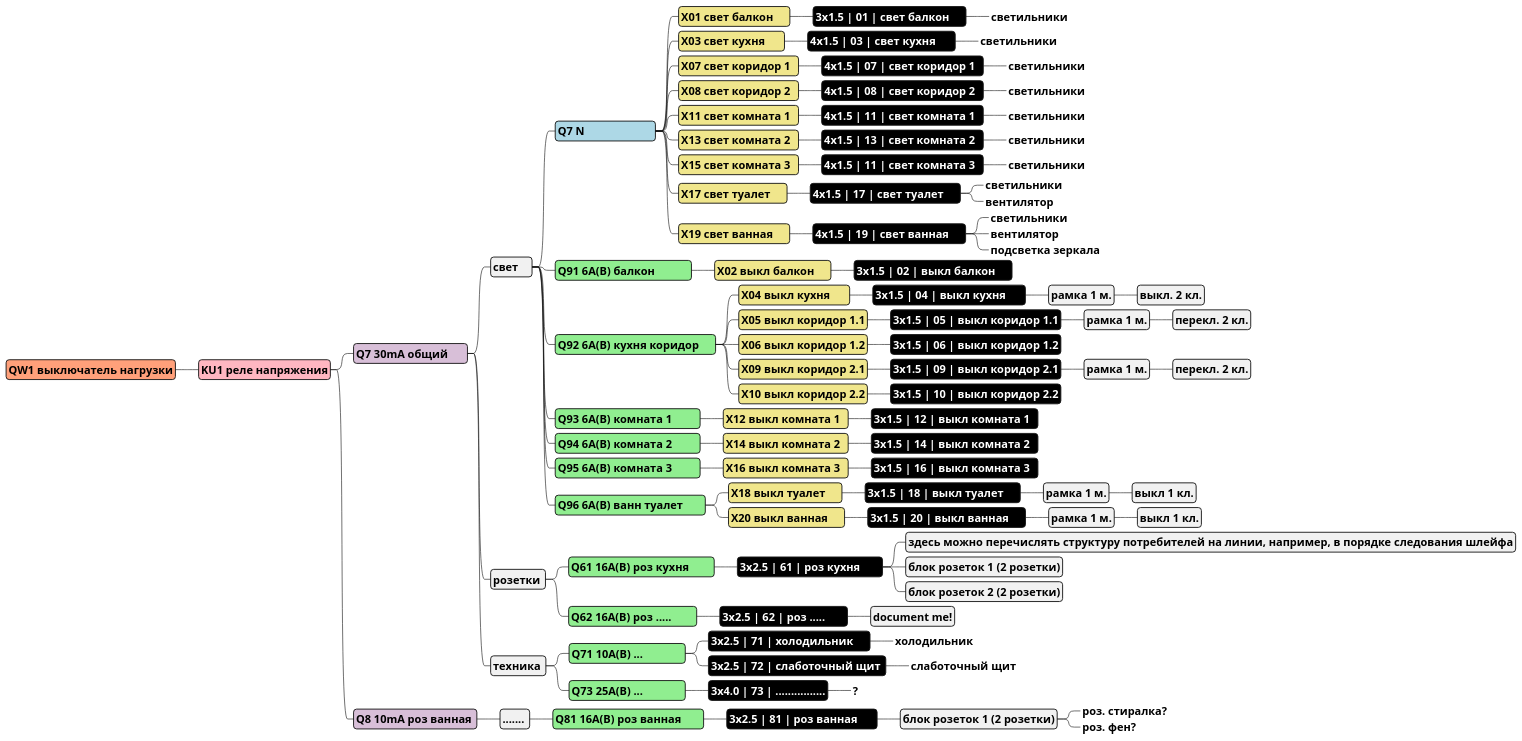
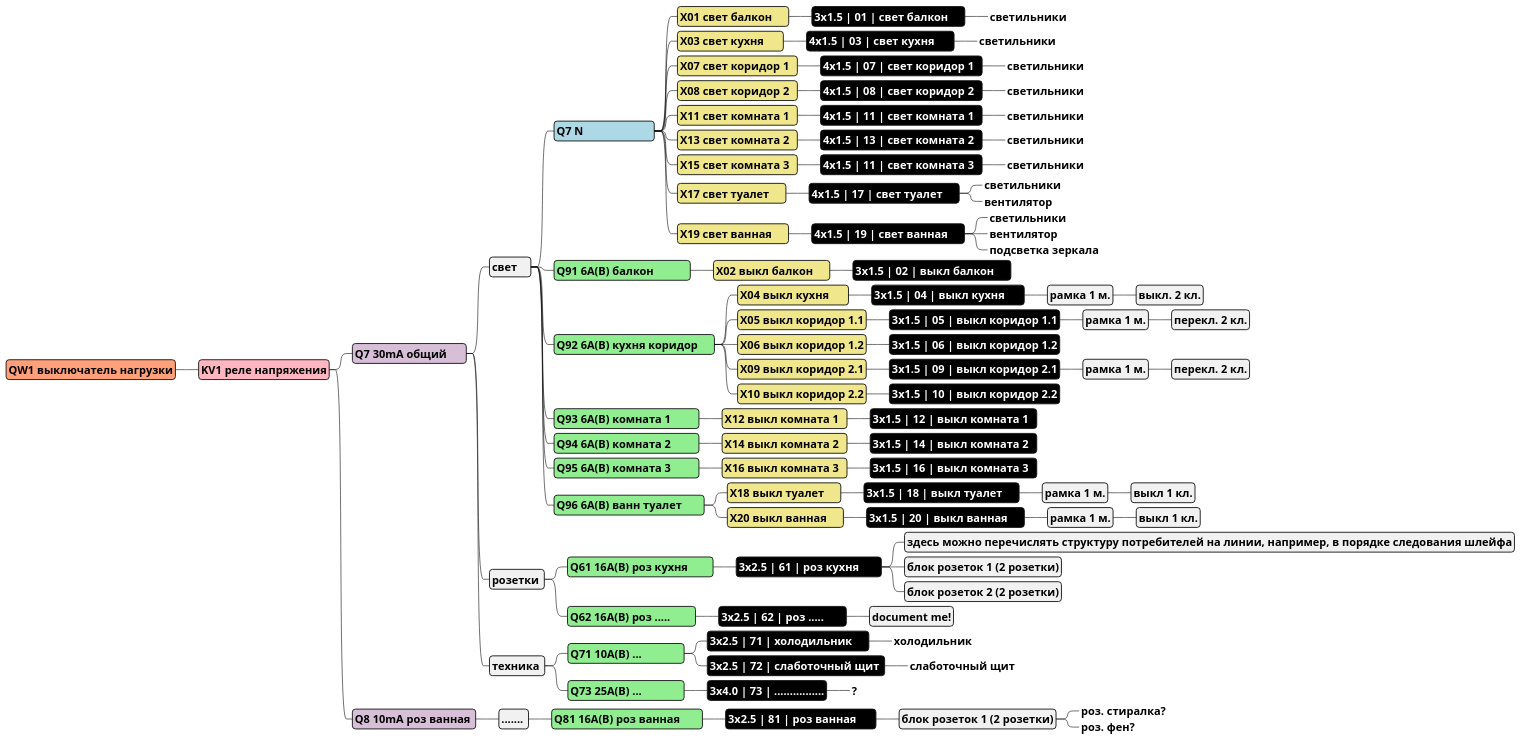
One commit to semicontinuity/reno changed the diagram in electricity/wiring.puml. Above: the diagram before and after it, drawn with PlantUML. The commit also changed 2 other files, not shown here.

```diff
--- a/electricity/wiring.puml
+++ b/electricity/wiring.puml
@@ -1,186 +1,186 @@
 @startmindmap
 
 <style>
 legend {
   BackgroundColor #FFEFE0
 }
 node {
   FontStyle Bold
   FontSize 18
   FontName "Jetbrains Mono"
   Padding 4
   Margin 4
   RoundCorner 10
 }
 
 'Neutral
 .N {
   BackgroundColor #lightblue
 }
 
 'Switch disconnector
 .SD {
   BackgroundColor #lightsalmon
 }
 'Voltage relay
 .VR {
   BackgroundColor #LightPink
 }
 'Installation contactors
 .IC {
   BackgroundColor #NavajoWhite
 }
 'Latching relays
 .LR {
   BackgroundColor #NavajoWhite
 }
 .RCCB {
   BackgroundColor #thistle
 }
 .CB {
   BackgroundColor lightgreen
 }
 'Terminal
 .T {
   BackgroundColor #lightyellow
 }
 'Terminal
 .T1 {
   BackgroundColor #khaki
 }
 .T_IN {
   BackgroundColor #Wheat
 }
 'Wall outlet block
 .W {
   BackgroundColor #gainsboro
 }
 'Wall outlet
 .W {
   BackgroundColor #white
 }
 'Light group
 .L {
 }
 'Consumer
 .C {
   BackgroundColor #lightgray
 }
 .VVG {
   BackgroundColor #black
   FontColor #white
 }
 </style>
 
 * QW1 выключатель нагрузки<<SD>>
-  * KU1 реле напряжения<<VR>>
+  * KV1 реле напряжения<<VR>>
 
     * Q7 30mA общий      <<RCCB>>
       * свет    <<>>
         * Q7 N                        <<N>>
           * X01 свет балкон     <<T1>>
             * 3x1.5 | 01 | свет балкон     <<VVG>>
               *_ светильники            <<L>>
           * X03 свет кухня      <<T1>>
             * 4x1.5 | 03 | свет кухня      <<VVG>>
               *_ светильники            <<L>>
           * X07 свет коридор 1  <<T1>>
             * 4x1.5 | 07 | свет коридор 1  <<VVG>>
               *_ светильники            <<L>>
           * X08 свет коридор 2  <<T1>>
             * 4x1.5 | 08 | свет коридор 2  <<VVG>>
               *_ светильники            <<L>>
           * X11 свет комната 1  <<T1>>
             * 4x1.5 | 11 | свет комната 1  <<VVG>>
               *_ светильники            <<L>>
           * X13 свет комната 2  <<T1>>
             * 4x1.5 | 13 | свет комната 2  <<VVG>>
               *_ светильники            <<W>>
           * X15 свет комната 3  <<T1>>
             * 4x1.5 | 11 | свет комната 3  <<VVG>>
               *_ светильники            <<L>>
           * X17 свет туалет     <<T1>>
             * 4x1.5 | 17 | свет туалет     <<VVG>>
               *_ светильники            <<L>>
               *_ вентилятор             <<L>>
           * X19 свет ванная     <<T1>>
             * 4x1.5 | 19 | свет ванная     <<VVG>>
               *_ светильники            <<L>>
               *_ вентилятор             <<L>>
               *_ подсветка зеркала      <<L>>
 
         * Q91 6A(B) балкон            <<CB>>
           * X02 выкл балкон     <<T1>>
             * 3x1.5 | 02 | выкл балкон     <<VVG>>
 
         * Q92 6A(B) кухня коридор     <<CB>>
           * X04 выкл кухня      <<T1>>
             * 3x1.5 | 04 | выкл кухня      <<VVG>>
               * рамка 1 м.
                 * выкл. 2 кл.
           * X05 выкл коридор 1.1<<T1>>
             * 3x1.5 | 05 | выкл коридор 1.1<<VVG>>
               * рамка 1 м.
                 * перекл. 2 кл.
           * X06 выкл коридор 1.2<<T1>>
             * 3x1.5 | 06 | выкл коридор 1.2<<VVG>>
           * X09 выкл коридор 2.1<<T1>>
             * 3x1.5 | 09 | выкл коридор 2.1<<VVG>>
               * рамка 1 м.
                 * перекл. 2 кл.
           * X10 выкл коридор 2.2<<T1>>
             * 3x1.5 | 10 | выкл коридор 2.2<<VVG>>
 
         * Q93 6A(B) комната 1         <<CB>>
           * X12 выкл комната 1  <<T1>>
             * 3x1.5 | 12 | выкл комната 1  <<VVG>>
 
         * Q94 6A(B) комната 2         <<CB>>
           * X14 выкл комната 2  <<T1>>
             * 3x1.5 | 14 | выкл комната 2  <<VVG>>
 
         * Q95 6A(B) комната 3         <<CB>>
           * X16 выкл комната 3  <<T1>>
             * 3x1.5 | 16 | выкл комната 3  <<VVG>>
 
         * Q96 6A(B) ванн туалет       <<CB>>
           * X18 выкл туалет     <<T1>>
             * 3x1.5 | 18 | выкл туалет     <<VVG>>
               * рамка 1 м.
                 * выкл 1 кл.
           * X20 выкл ванная     <<T1>>
             * 3x1.5 | 20 | выкл ванная     <<VVG>>
               * рамка 1 м.
                 * выкл 1 кл.
 
       * розетки <<>>
 
         * Q61 16A(B) роз кухня        <<CB>>
           * 3x2.5 | 61 | роз кухня       <<VVG>>
             * здесь можно перечислять структуру потребителей на линии, например, в порядке следования шлейфа
             * блок розеток 1 (2 розетки)<<WB>>
             * блок розеток 2 (2 розетки)<<WB>>
 
         * Q62 16A(B) роз .....        <<CB>>
           * 3x2.5 | 62 | роз .....       <<VVG>>
             * document me!
 
       * техника <<>>
 
         * Q71 10A(B) ...              <<CB>>
           * 3x2.5 | 71 | холодильник     <<VVG>>
             *_ холодильник
           * 3x2.5 | 72 | слаботочный щит <<VVG>>
             *_ слаботочный щит
         * Q73 25A(B) ...              <<CB>>
           * 3x4.0 | 73 | ................<<VVG>>
             *_ ?
     * Q8 10mA роз ванная <<RCCB>>
       * ....... <<>>
         * Q81 16A(B) роз ванная       <<CB>>
           * 3x2.5 | 81 | роз ванная      <<VVG>>
             * блок розеток 1 (2 розетки)<<WB>>
               *_ роз. стиралка?
               *_ роз. фен?
 
 @endmindmap
```
